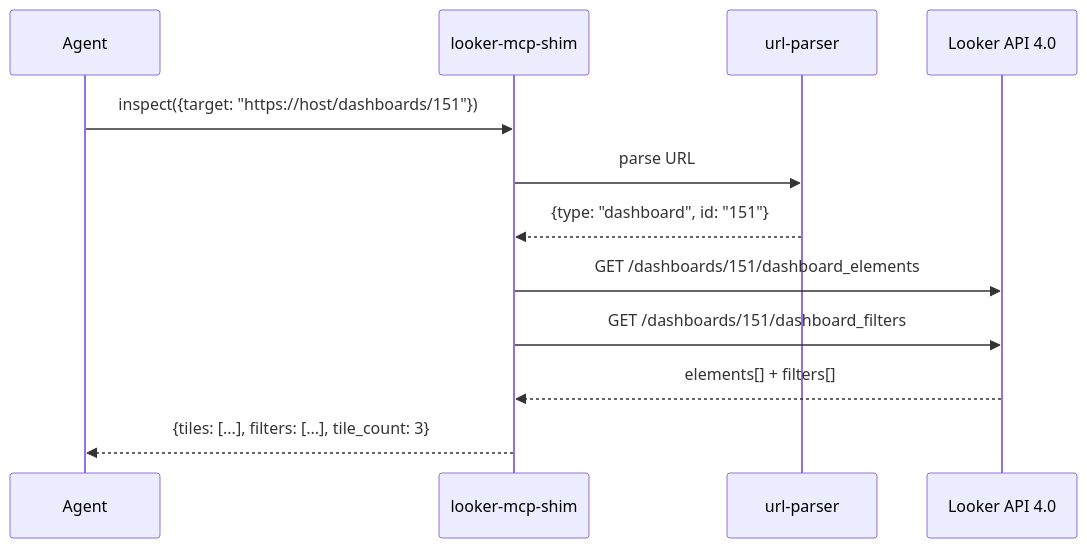
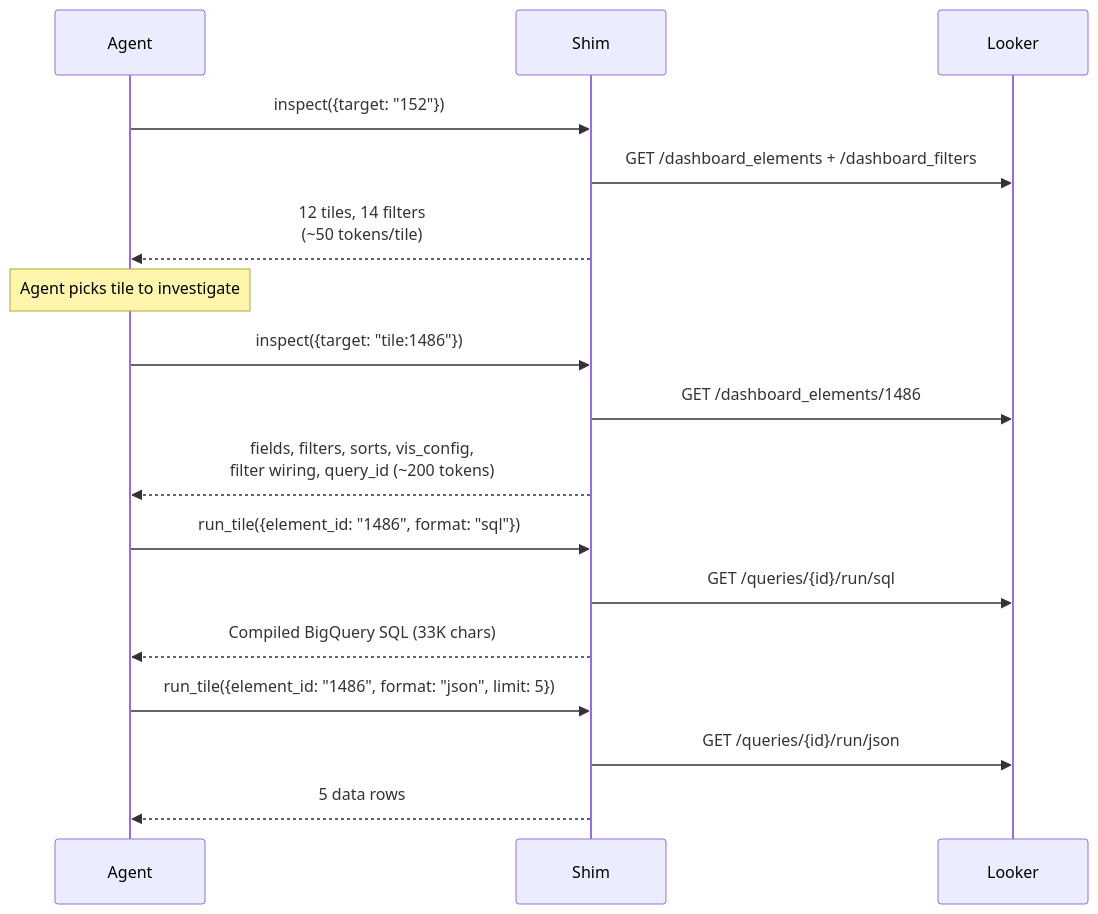
One commit to luutuankiet/looker-mcp-shim changed the third of 7 diagrams in README.md. Above: the diagram before and after it, drawn with Mermaid. The commit also changed other lines of this file, not shown here.

First line of the commit message:
docs: complete README overhaul — workflow diagrams, DX showcase, tool reference

````diff
--- a/README.md
+++ b/README.md
@@ -179,15 +153,24 @@
 ```mermaid
 sequenceDiagram
     participant Agent
-    participant Shim as looker-mcp-shim
-    participant Parser as url-parser
-    participant API as Looker API 4.0
+    participant Shim
+    participant Looker
 
-    Agent->>Shim: inspect({target: "https://host/dashboards/151"})
-    Shim->>Parser: parse URL
-    Parser-->>Shim: {type: "dashboard", id: "151"}
-    Shim->>API: GET /dashboards/151/dashboard_elements
-    Shim->>API: GET /dashboards/151/dashboard_filters
-    API-->>Shim: elements[] + filters[]
-    Shim-->>Agent: {tiles: [...], filters: [...], tile_count: 3}
+    Agent->>Shim: inspect({target: "152"})
+    Shim->>Looker: GET /dashboard_elements + /dashboard_filters
+    Shim-->>Agent: 12 tiles, 14 filters<br/>(~50 tokens/tile)
+
+    Note over Agent: Agent picks tile to investigate
+
+    Agent->>Shim: inspect({target: "tile:1486"})
+    Shim->>Looker: GET /dashboard_elements/1486
+    Shim-->>Agent: fields, filters, sorts, vis_config,<br/>filter wiring, query_id (~200 tokens)
+
+    Agent->>Shim: run_tile({element_id: "1486", format: "sql"})
+    Shim->>Looker: GET /queries/{id}/run/sql
+    Shim-->>Agent: Compiled BigQuery SQL (33K chars)
+
+    Agent->>Shim: run_tile({element_id: "1486", format: "json", limit: 5})
+    Shim->>Looker: GET /queries/{id}/run/json
+    Shim-->>Agent: 5 data rows
 ```
````
